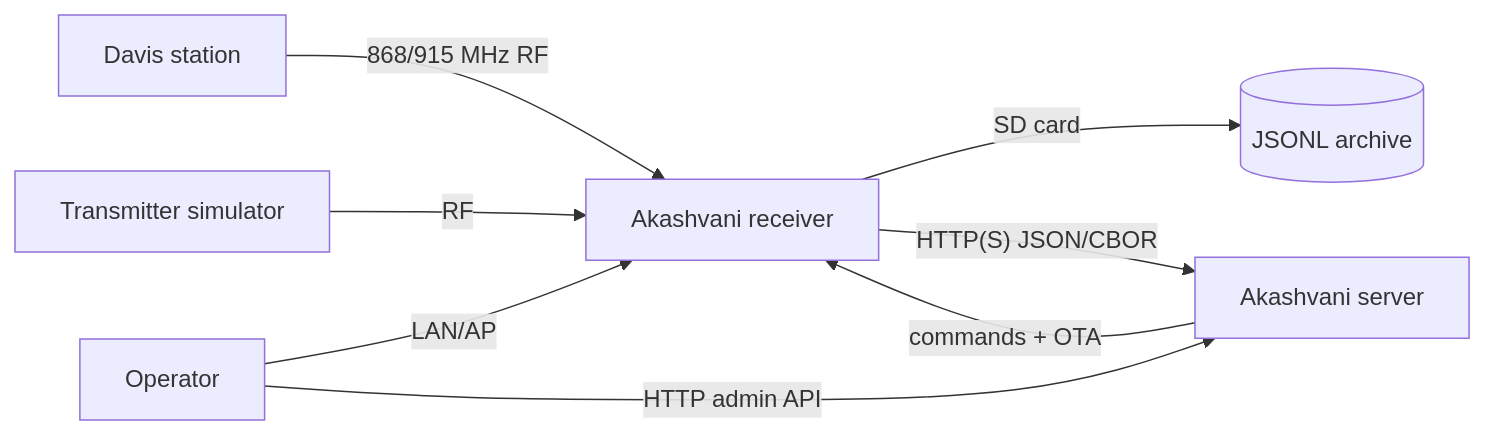
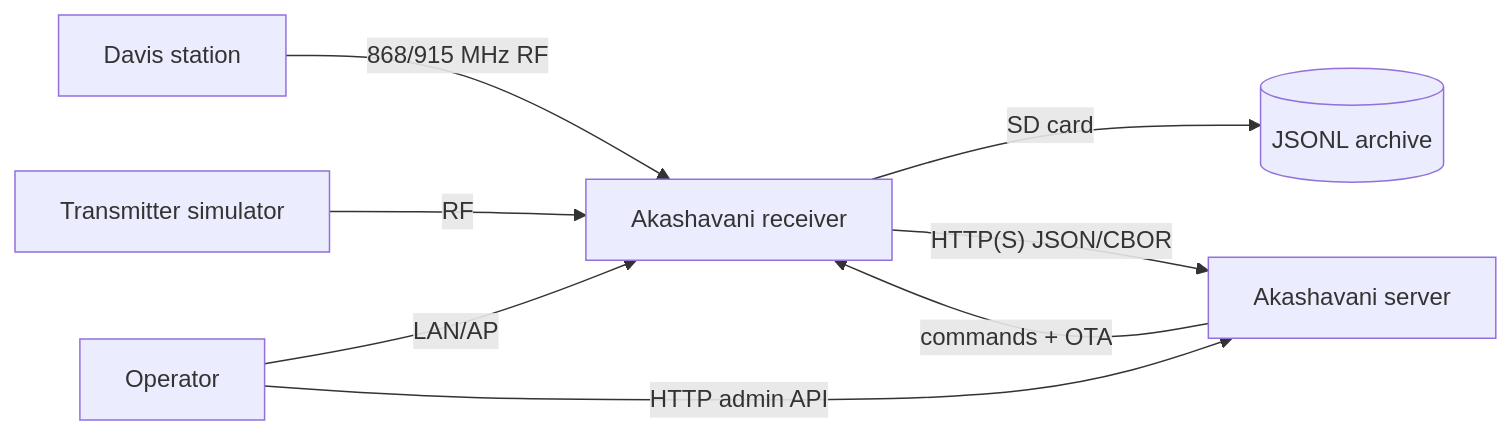
One commit to rsmoorthy/akashavani changed the first of 2 diagrams in docs/architecture/overview.md. Above: the diagram before and after it, drawn with Mermaid. The commit also changed other lines of this file and 294 other files, not shown here.

````diff
--- a/docs/architecture/overview.md
+++ b/docs/architecture/overview.md
@@ -5,10 +5,10 @@
 ```mermaid
 flowchart LR
-  station[Davis station] -- 868/915 MHz RF --> rx[Akashvani receiver]
+  station[Davis station] -- 868/915 MHz RF --> rx[Akashavani receiver]
   sim[Transmitter simulator] -- RF --> rx
   rx -- SD card --> archive[(JSONL archive)]
-  rx -- HTTP(S) JSON/CBOR --> server[Akashvani server]
+  rx -- HTTP(S) JSON/CBOR --> server[Akashavani server]
   server -- commands + OTA --> rx
   admin[Operator] -- LAN/AP --> rx
   admin -- HTTP admin API --> server
 ```
````
